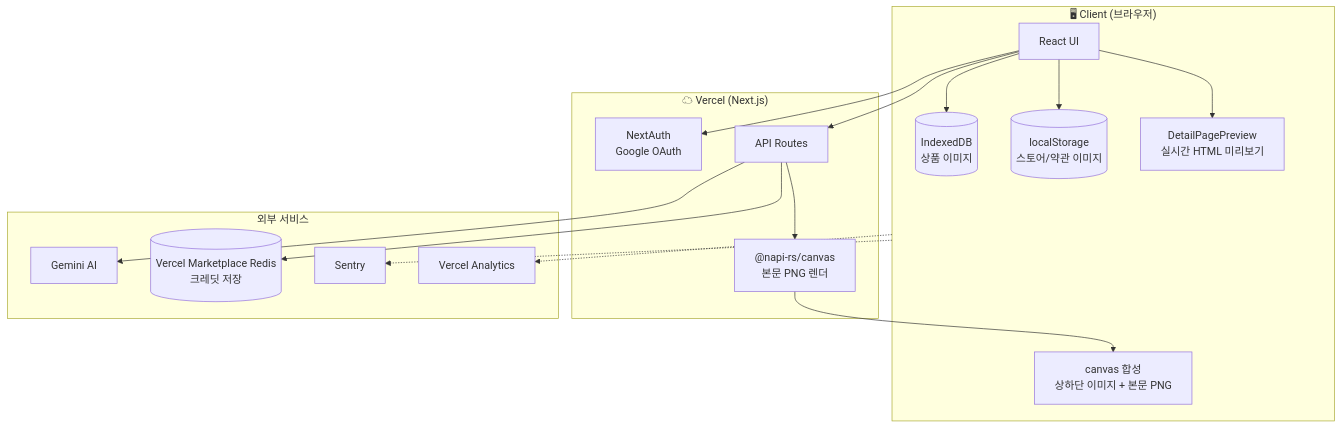
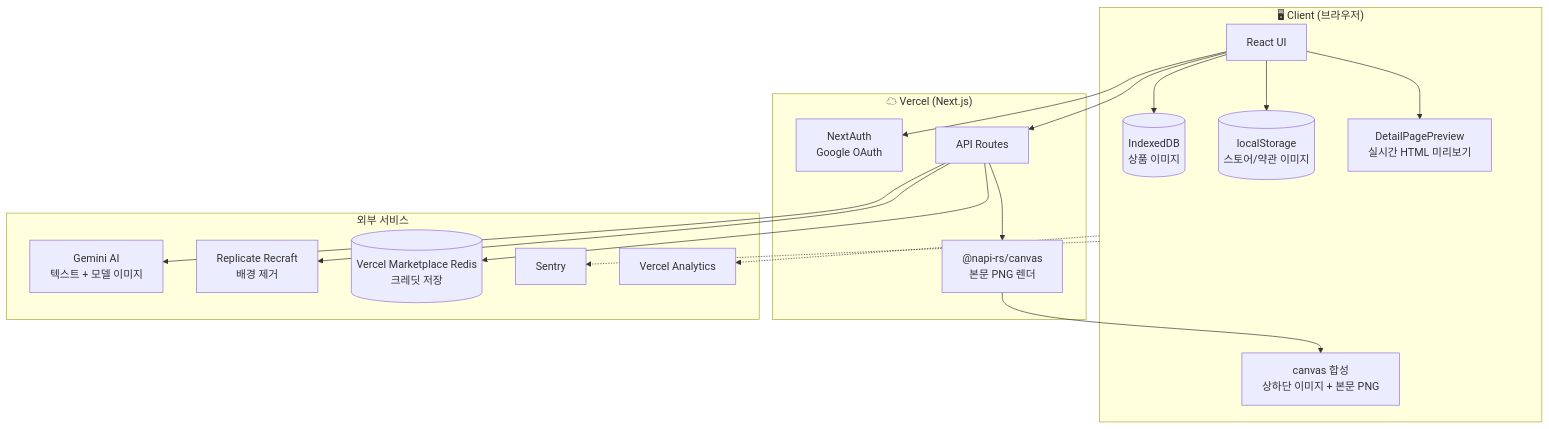
Before and after one commit to Fharena/pagecraft: the diagram in docs/architecture.md, drawn with Mermaid. The commit also changed other lines of this file and 9 other files, not shown here.

First line of the commit message:
feat: 배경 제거 Gemini → Replicate Recraft 전환

````diff
--- a/docs/architecture.md
+++ b/docs/architecture.md
@@ -9,35 +9,37 @@
 ```mermaid
 flowchart TB
   subgraph Client["🖥 Client (브라우저)"]
     UI[React UI]
     IndexedDB[(IndexedDB<br/>상품 이미지)]
     LocalStorage[(localStorage<br/>스토어/약관 이미지)]
     Preview[DetailPagePreview<br/>실시간 HTML 미리보기]
     Compose[canvas 합성<br/>상하단 이미지 + 본문 PNG]
   end
 
   subgraph Vercel["☁ Vercel (Next.js)"]
     Auth[NextAuth<br/>Google OAuth]
     APIs["API Routes"]
     Canvas["@napi-rs/canvas<br/>본문 PNG 렌더"]
   end
 
   subgraph External["외부 서비스"]
-    Gemini[Gemini AI]
+    Gemini[Gemini AI<br/>텍스트 + 모델 이미지]
+    Replicate[Replicate Recraft<br/>배경 제거]
     Redis[(Vercel Marketplace Redis<br/>크레딧 저장)]
     Sentry[Sentry]
     Analytics[Vercel Analytics]
   end
 
   UI --> IndexedDB
   UI --> LocalStorage
   UI --> Preview
   UI --> Auth
   UI --> APIs
   APIs --> Gemini
+  APIs --> Replicate
   APIs --> Redis
   APIs --> Canvas
   Canvas --> Compose
   Client -.-> Sentry
   Client -.-> Analytics
 ```
````
